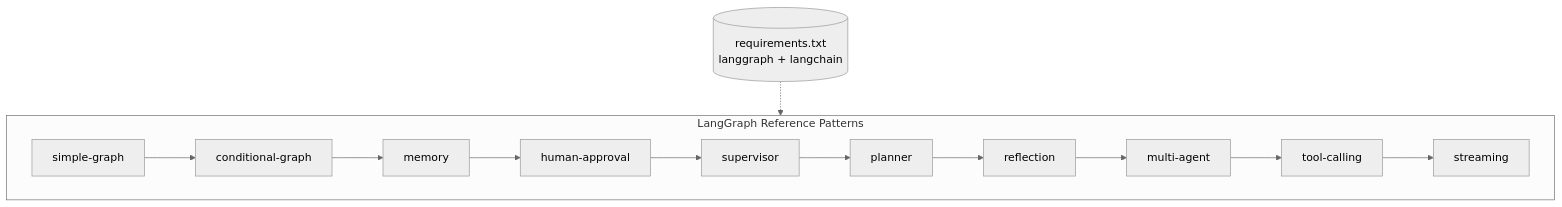
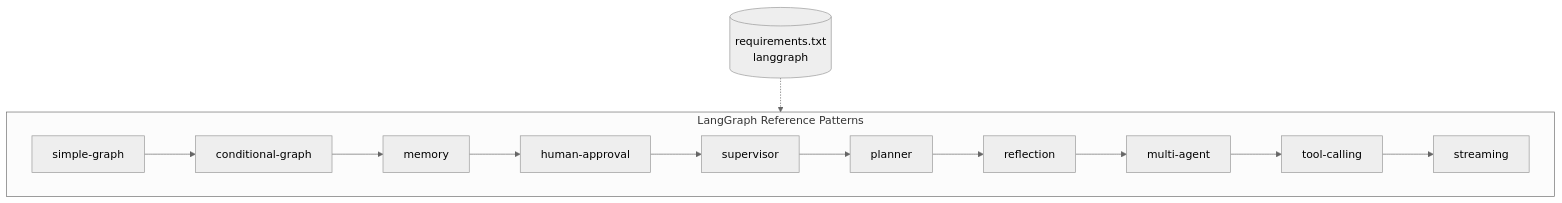
One commit to ranjan-del/langgraph changed the diagram in README.md. Above: the diagram before and after it, drawn with Mermaid (neutral theme). The commit also changed other lines of this file and 16 other files, not shown here.

````diff
--- a/README.md
+++ b/README.md
@@ -16,19 +17,19 @@
 ```mermaid
 graph TD
     subgraph Reference["LangGraph Reference Patterns"]
         A[simple-graph]
         B[conditional-graph]
         C[memory]
         D[human-approval]
         E[supervisor]
         F[planner]
         G[reflection]
         H[multi-agent]
         I[tool-calling]
         J[streaming]
     end
     A --> B --> C --> D
     D --> E --> F --> G
     G --> H --> I --> J
-    Deps[(requirements.txt<br/>langgraph + langchain)] -.-> Reference
+    Deps[(requirements.txt<br/>langgraph)] -.-> Reference
 ```
````
